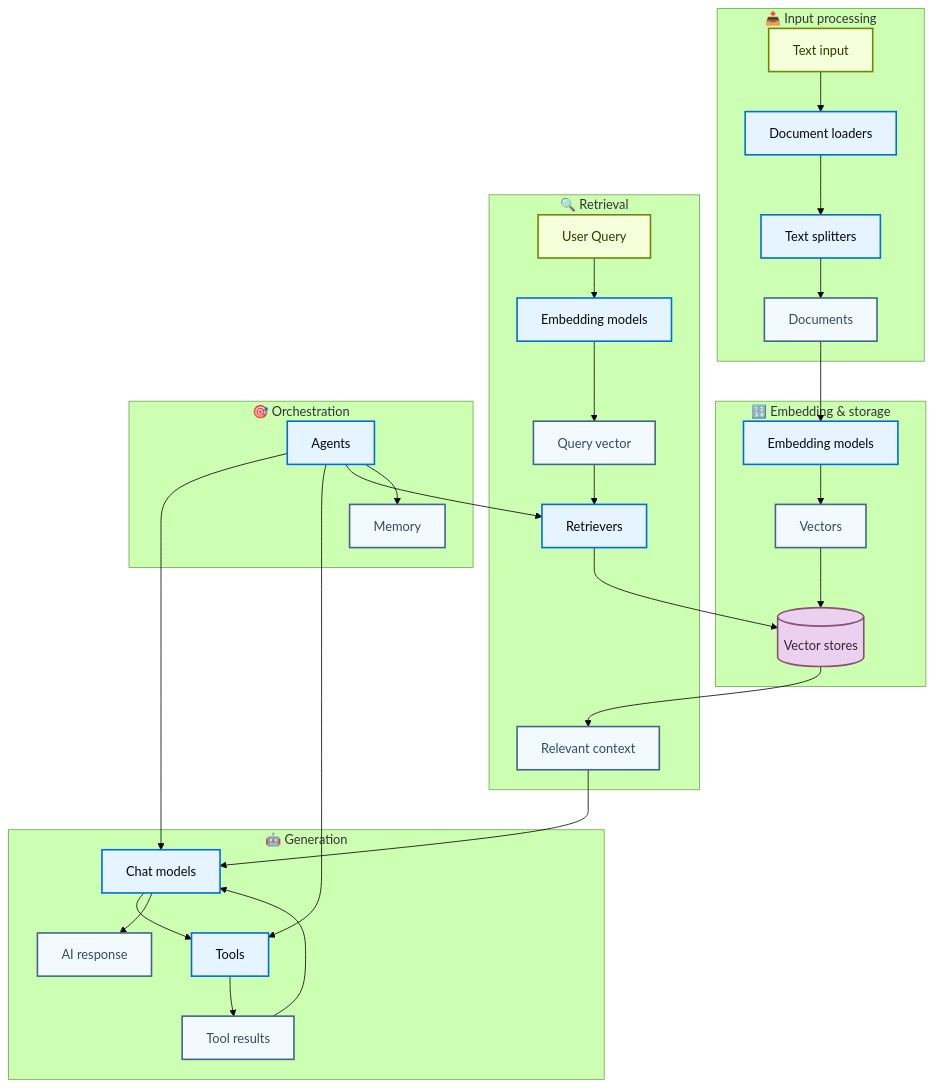
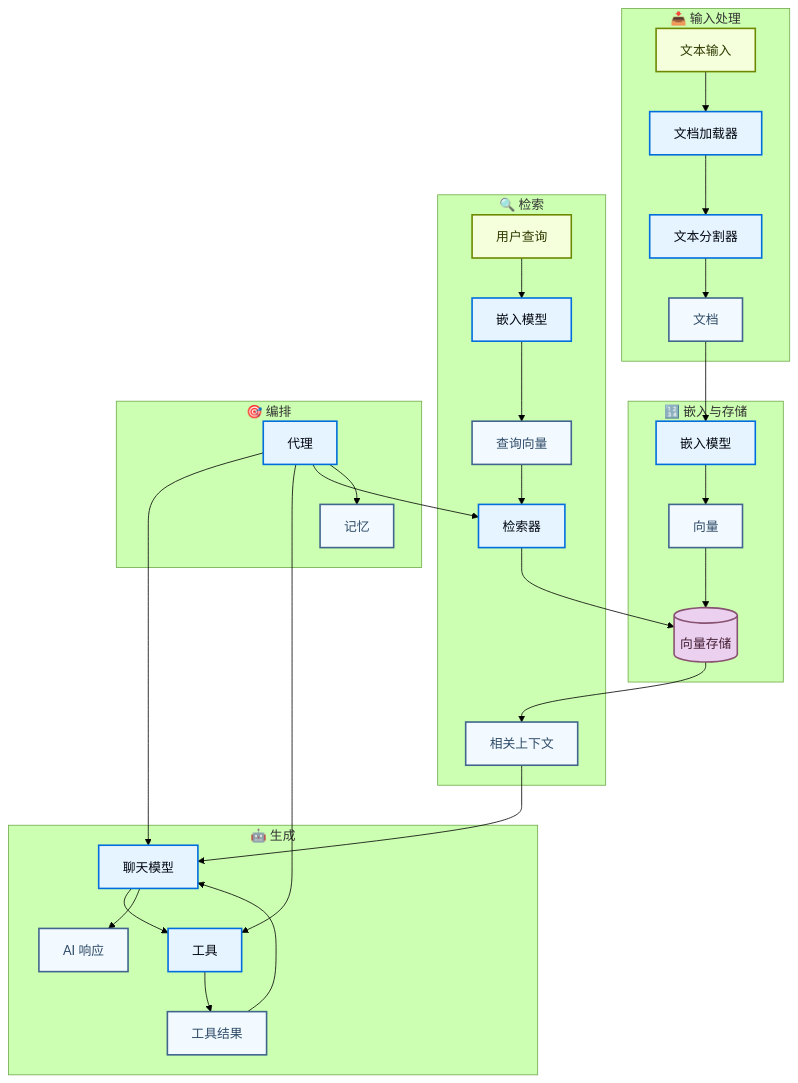
The first of 4 diagrams in oss/python/langchain/component-architecture.mdx (kunfan96/cndocs-langchain), drawn with Mermaid (forest theme) before and after one commit. The commit also changed other lines of this file and 2498 other files, not shown here.

````diff
--- a/oss/python/langchain/component-architecture.mdx
+++ b/oss/python/langchain/component-architecture.mdx
@@ -11,52 +11,52 @@
 ```mermaid
 graph TD
-    %% Input processing
-    subgraph "📥 Input processing"
-        A[Text input] --> B[Document loaders]
-        B --> C[Text splitters]
-        C --> D[Documents]
+    %% 输入处理
+    subgraph "📥 输入处理"
+        A[文本输入] --> B[文档加载器]
+        B --> C[文本分割器]
+        C --> D[文档]
     end
 
-    %% Embedding & storage
-    subgraph "🔢 Embedding & storage"
-        D --> E[Embedding models]
-        E --> F[Vectors]
-        F --> G[(Vector stores)]
+    %% 嵌入与存储
+    subgraph "🔢 嵌入与存储"
+        D --> E[嵌入模型]
+        E --> F[向量]
+        F --> G[(向量存储)]
     end
 
-    %% Retrieval
-    subgraph "🔍 Retrieval"
-        H[User Query] --> I[Embedding models]
-        I --> J[Query vector]
-        J --> K[Retrievers]
+    %% 检索
+    subgraph "🔍 检索"
+        H[用户查询] --> I[嵌入模型]
+        I --> J[查询向量]
+        J --> K[检索器]
         K --> G
-        G --> L[Relevant context]
+        G --> L[相关上下文]
     end
 
-    %% Generation
-    subgraph "🤖 Generation"
-        M[Chat models] --> N[Tools]
-        N --> O[Tool results]
+    %% 生成
+    subgraph "🤖 生成"
+        M[聊天模型] --> N[工具]
+        N --> O[工具结果]
         O --> M
         L --> M
-        M --> P[AI response]
+        M --> P[AI 响应]
     end
 
-    %% Orchestration
-    subgraph "🎯 Orchestration"
-        Q[Agents] --> M
+    %% 编排
+    subgraph "🎯 编排"
+        Q[代理] --> M
         Q --> N
         Q --> K
-        Q --> R[Memory]
+        Q --> R[记忆]
     end
 
     classDef trigger fill:#F6FFDB,stroke:#6E8900,stroke-width:2px,color:#2E3900
     classDef process fill:#E5F4FF,stroke:#006DDD,stroke-width:2px,color:#030710
     classDef output fill:#EBD0F0,stroke:#885270,stroke-width:2px,color:#441E33
     classDef neutral fill:#F2FAFF,stroke:#40668D,stroke-width:2px,color:#2F4B68
 
     class A,H trigger
     class B,C,E,I,K,M,N,Q process
     class D,F,J,L,O,P,R neutral
     class G output
 ```
````
